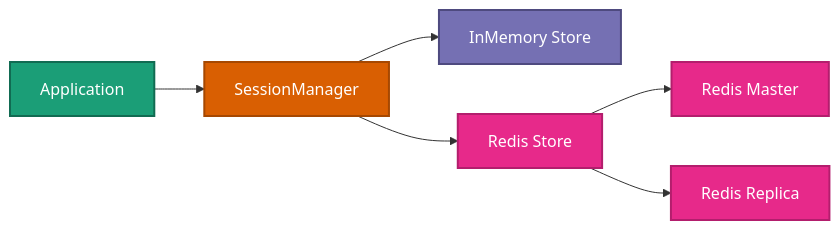
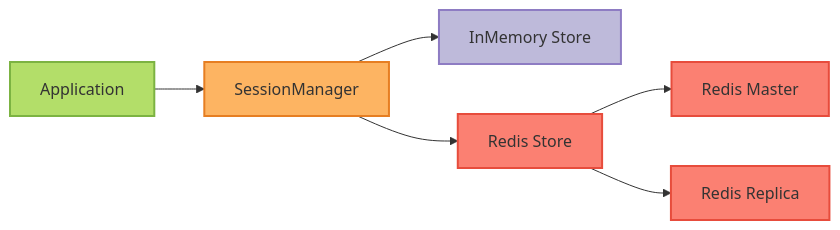
One commit to vishnu2kmohan/mcp-server-langgraph changed the fourth of 10 diagrams in docs/getting-started/architecture.mdx. Above: the diagram before and after it, drawn with Mermaid. The commit also changed other lines of this file and 11 other files, not shown here.

First line of the commit message:
style: migrate all diagrams from Dark2 to Set3 ColorBrewer2 palette

````diff
--- a/docs/getting-started/architecture.mdx
+++ b/docs/getting-started/architecture.mdx
@@ -347,20 +347,20 @@
     ```mermaid
     graph LR
         App[Application] --> SM[SessionManager]
         SM --> Memory[InMemory Store]
         SM --> Redis[Redis Store]
         Redis --> Master[Redis Master]
         Redis --> Replica[Redis Replica]
 
-        %% ColorBrewer2 Dark2 palette styling
-        classDef appStyle fill:#1b9e77,stroke:#116b52,stroke-width:2px,color:#fff
-        classDef managerStyle fill:#d95f02,stroke:#a64801,stroke-width:2px,color:#fff
-        classDef storeStyle fill:#7570b3,stroke:#4e4a7f,stroke-width:2px,color:#fff
-        classDef redisStyle fill:#e7298a,stroke:#b31e6d,stroke-width:2px,color:#fff
+        %% ColorBrewer2 Set3 palette styling
+        classDef appStyle fill:#b3de69,stroke:#7cb342,stroke-width:2px,color:#333
+        classDef managerStyle fill:#fdb462,stroke:#e67e22,stroke-width:2px,color:#333
+        classDef storeStyle fill:#bebada,stroke:#8e7cc3,stroke-width:2px,color:#333
+        classDef redisStyle fill:#fb8072,stroke:#e74c3c,stroke-width:2px,color:#333
 
         class App appStyle
         class SM managerStyle
         class Memory storeStyle
         class Redis redisStyle
         class Master,Replica redisStyle
     ```
````
